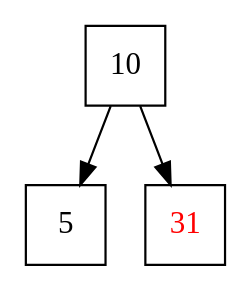
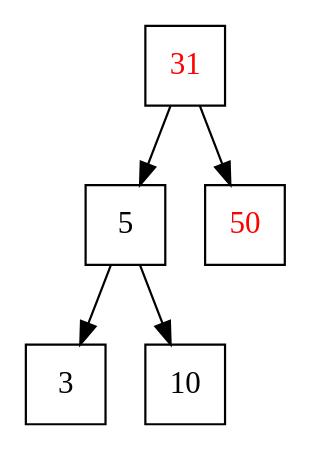
One commit to ElMalRod/Pyramid-Proyecto-2-EDD changed the diagram in aux_grafico.dot. Above: the diagram before and after it, drawn with Graphviz. The commit also changed 6 other files, not shown here.

```diff
--- a/aux_grafico.dot
+++ b/aux_grafico.dot
@@ -1,9 +1,13 @@
 digraph grafica{
 rankdir=TB;
 node [shape =square, style=filled, fillcolor=gray100];
+nodo31 [ label ="31",fontcolor=red];
+nodo5 [ label ="5",fontcolor=black];
+nodo3 [ label ="3",fontcolor=black];
+nodo5:C0->nodo3
 nodo10 [ label ="10",fontcolor=black];
-nodo5 [ label ="5",fontcolor=black];
-nodo10:C0->nodo5
-nodo31 [ label ="31",fontcolor=red];
-nodo10:C1->nodo31
+nodo5:C1->nodo10
+nodo31:C0->nodo5
+nodo50 [ label ="50",fontcolor=red];
+nodo31:C1->nodo50
 }
```
